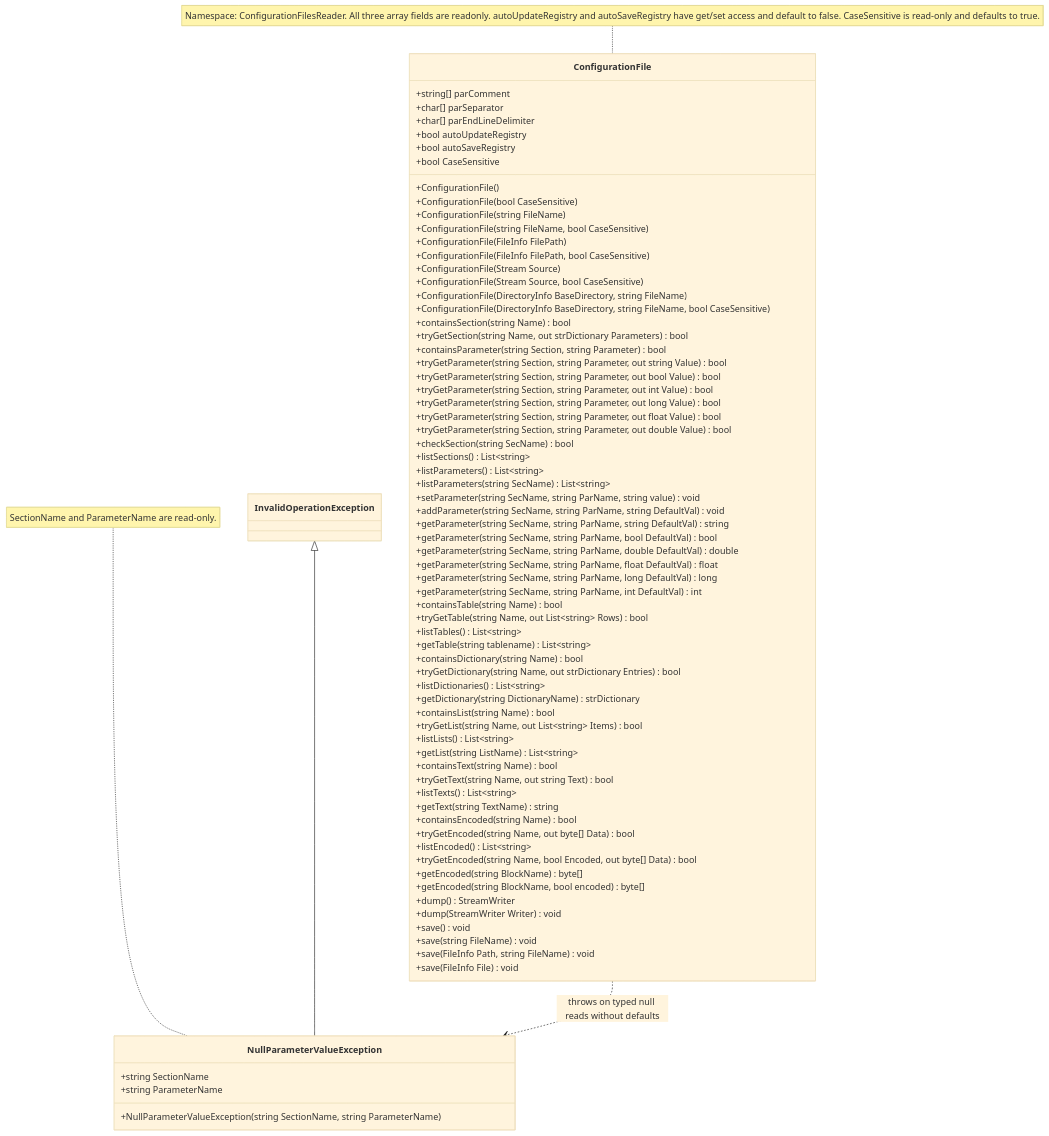
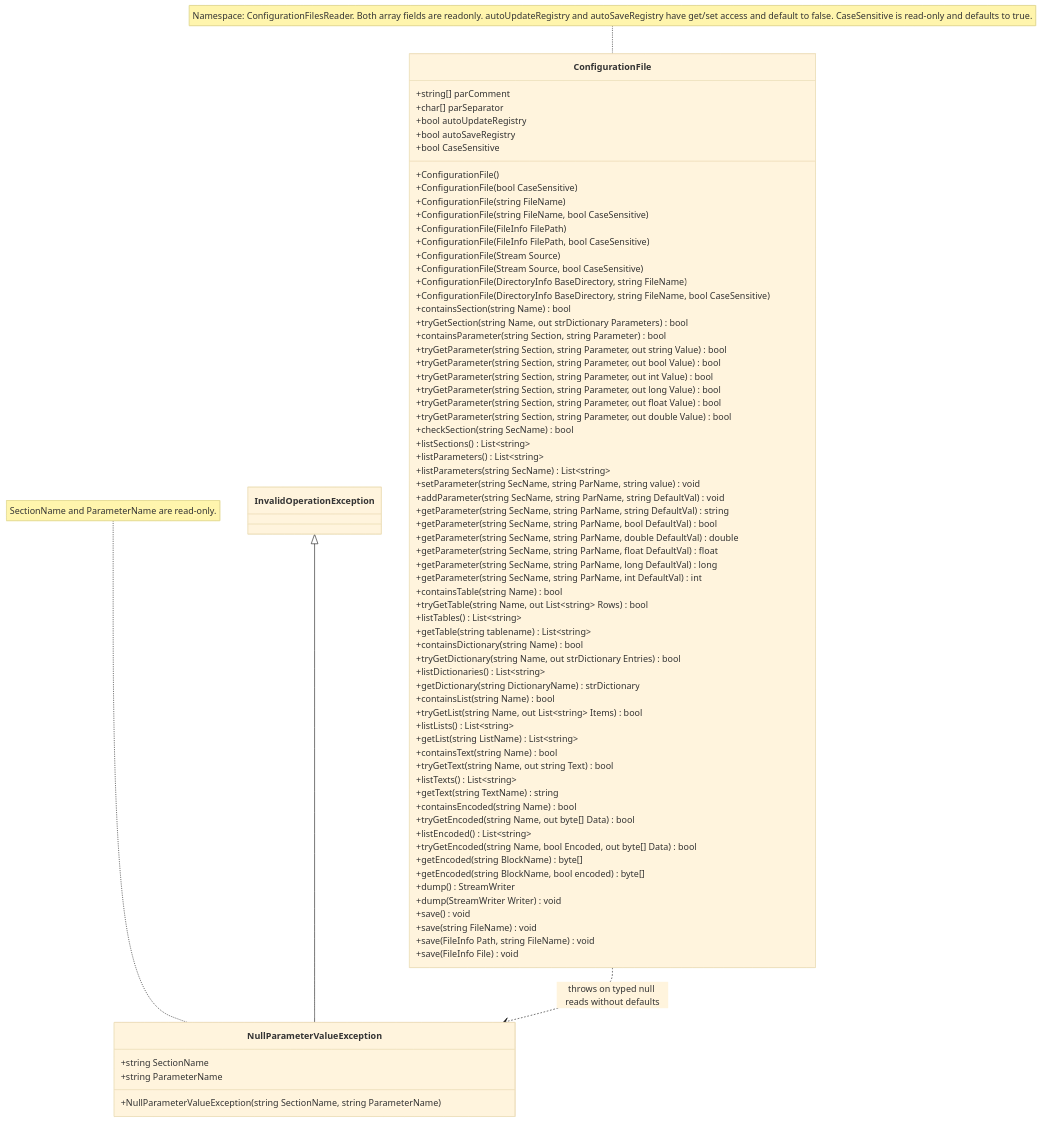
The diagram in README.md (delloiaconos/IniLike), drawn with Mermaid (base theme) before and after one commit. The commit also changed other lines of this file and 2 other files, not shown here.

Commit message:
Removed `parEndLineDelimiter` and updated documentation.

````diff
--- a/README.md
+++ b/README.md
@@ -297,7 +297,6 @@
         %% Shared settings and constructors
         +string[] parComment
         +char[] parSeparator
-        +char[] parEndLineDelimiter
         +bool autoUpdateRegistry
         +bool autoSaveRegistry
         +bool CaseSensitive
@@ -376,5 +375,5 @@
     InvalidOperationException <|-- NullParameterValueException
     ConfigurationFile ..> NullParameterValueException : throws on typed null reads without defaults
     note for NullParameterValueException "SectionName and ParameterName are read-only."
-    note for ConfigurationFile "Namespace: ConfigurationFilesReader. All three array fields are readonly. autoUpdateRegistry and autoSaveRegistry have get/set access and default to false. CaseSensitive is read-only and defaults to true."
+    note for ConfigurationFile "Namespace: ConfigurationFilesReader. Both array fields are readonly. autoUpdateRegistry and autoSaveRegistry have get/set access and default to false. CaseSensitive is read-only and defaults to true."
 ```
````
